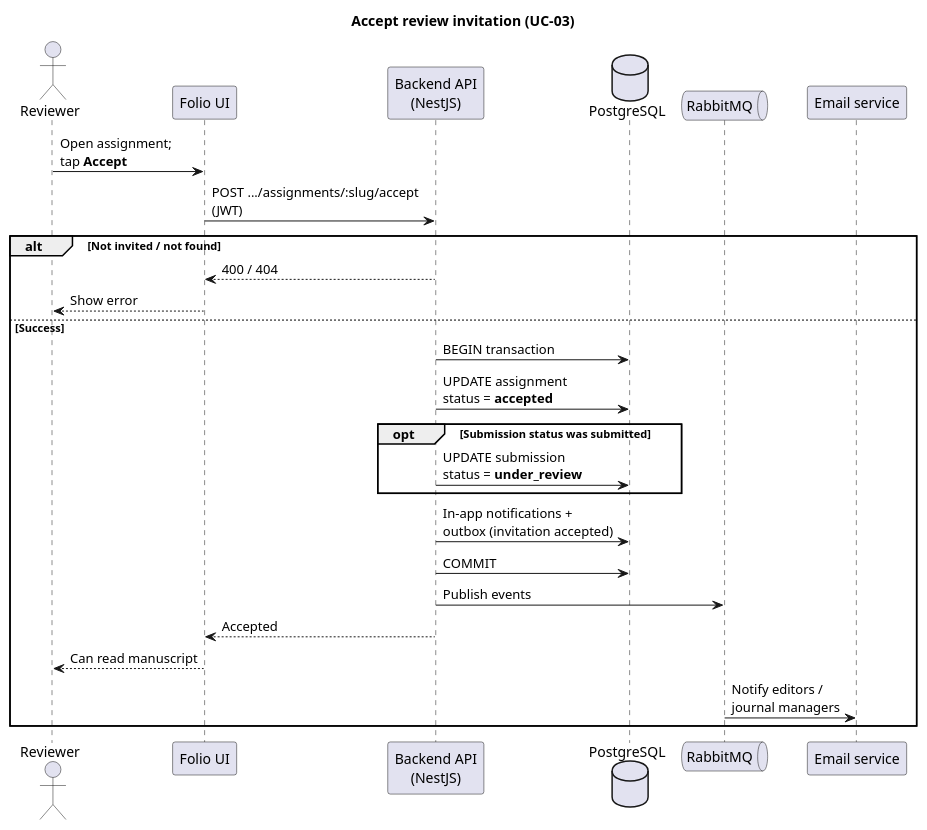
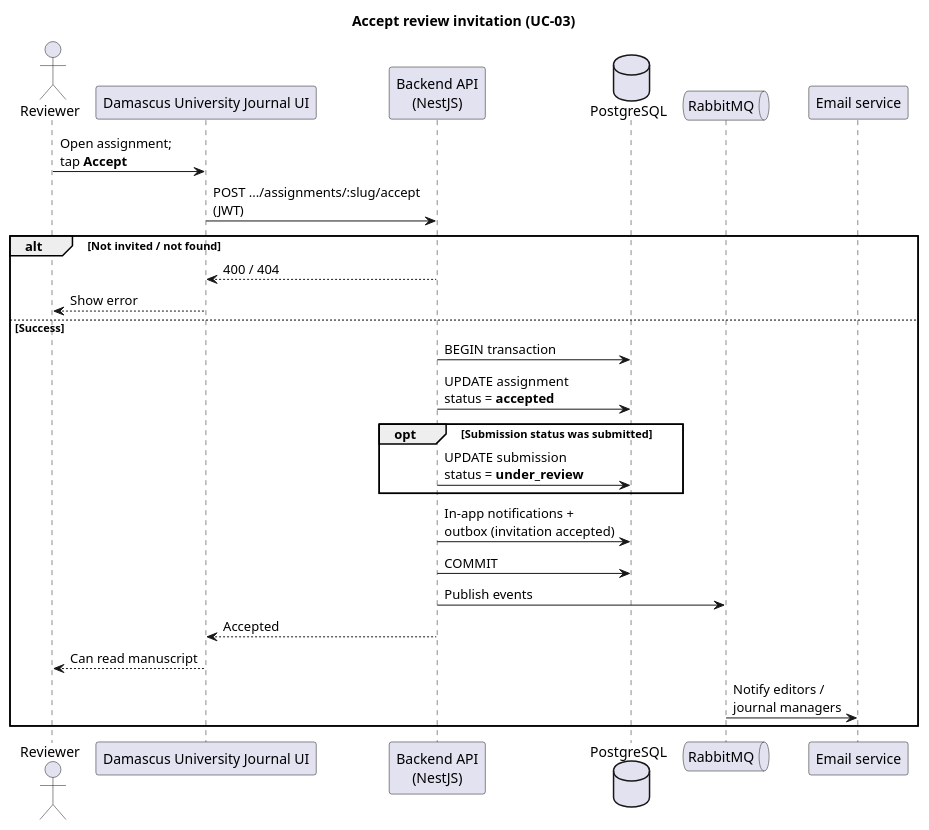
Before and after one commit to OmarNajiAlhayek/folio: the diagram in docs/diagrams/sequences/accept-review-invitation.puml, drawn with PlantUML. The commit also changed 47 other files, not shown here.

```diff
--- a/docs/diagrams/sequences/accept-review-invitation.puml
+++ b/docs/diagrams/sequences/accept-review-invitation.puml
@@ -1,38 +1,38 @@
 @startuml folio-sequence-accept-review-invitation
-' Folio — Reviewer accepts invitation (UC-03)
+' Damascus University Journal — Reviewer accepts invitation (UC-03)
 ' Render: https://www.plantuml.com/plantuml
 
 title Accept review invitation (UC-03)
 
 actor Reviewer
-participant "Folio UI" as UI
+participant "Damascus University Journal UI" as UI
 participant "Backend API\n(NestJS)" as API
 database "PostgreSQL" as DB
 queue "RabbitMQ" as MQ
 participant "Email service" as Email
 
 Reviewer -> UI : Open assignment;\ntap **Accept**
 UI -> API : POST .../assignments/:slug/accept\n(JWT)
 
 alt Not invited / not found
   API --> UI : 400 / 404
   UI --> Reviewer : Show error
 else Success
   API -> DB : BEGIN transaction
   API -> DB : UPDATE assignment\nstatus = **accepted**
 
   opt Submission status was **submitted**
     API -> DB : UPDATE submission\nstatus = **under_review**
   end
 
   API -> DB : In-app notifications +\noutbox (invitation accepted)
   API -> DB : COMMIT
 
   API -> MQ : Publish events
   API --> UI : Accepted
   UI --> Reviewer : Can read manuscript
 
   MQ -> Email : Notify editors /\njournal managers
 end
 
 @enduml
```
